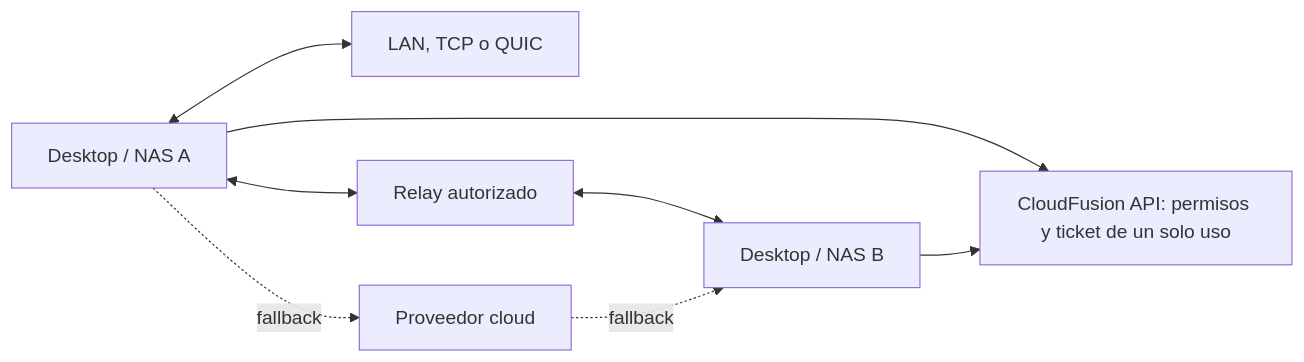
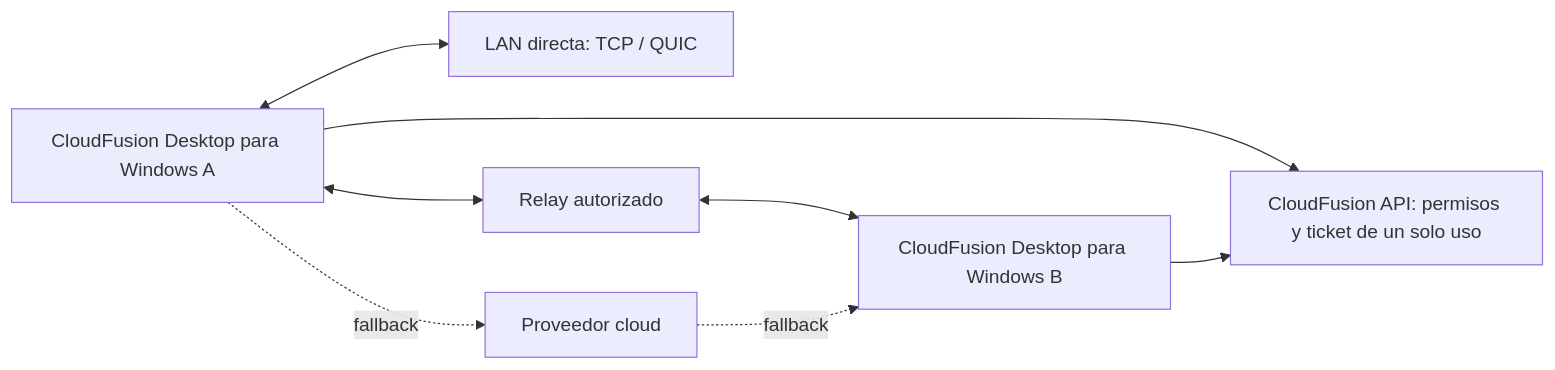
The third of 3 diagrams in README.md (JKDx97/CloudFusion), drawn with Mermaid before and after one commit. The commit also changed other lines of this file and 1 other file, not shown here.

Commit message:
docs(p2p): scope phase 9 to Windows desktop

````diff
--- a/README.md
+++ b/README.md
@@ -496,10 +496,10 @@
 ```mermaid
 flowchart LR
-  A[Desktop / NAS A] <--> N[LAN, TCP o QUIC]
+  A[CloudFusion Desktop para Windows A] <--> N[LAN directa: TCP / QUIC]
   A <--> R[Relay autorizado]
-  R <--> B[Desktop / NAS B]
+  R <--> B[CloudFusion Desktop para Windows B]
   A --> C[CloudFusion API: permisos y ticket de un solo uso]
   B --> C
   A -. fallback .-> P[Proveedor cloud]
   P -. fallback .-> B
 ```
````
